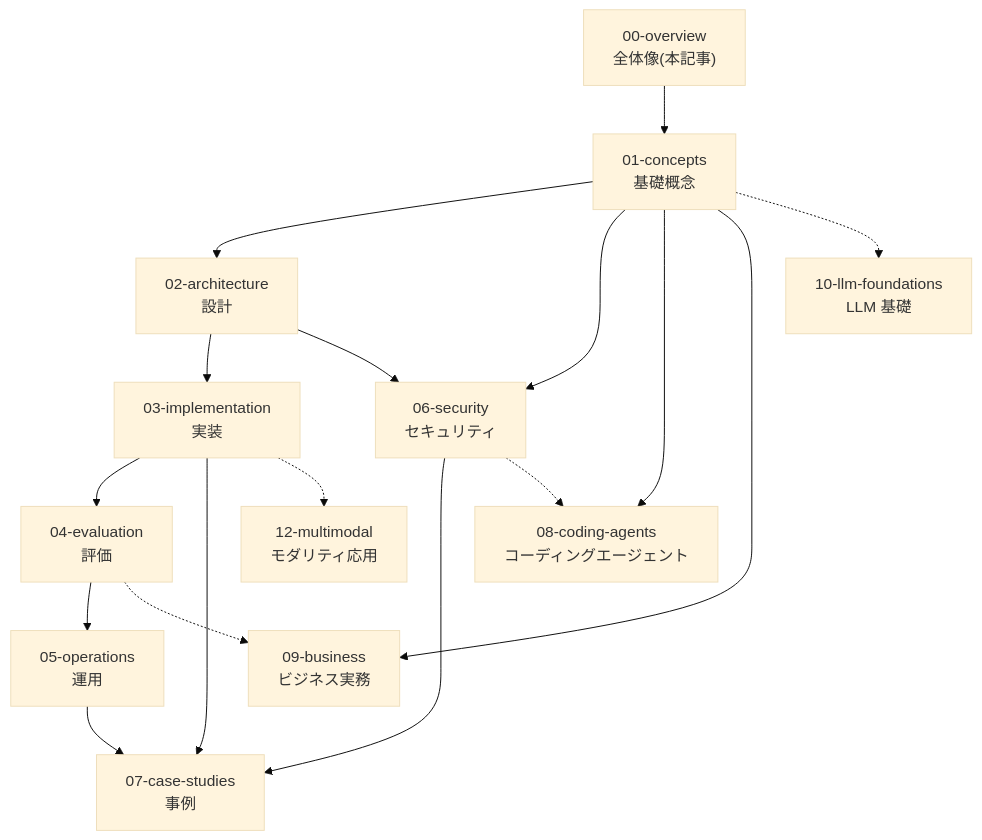
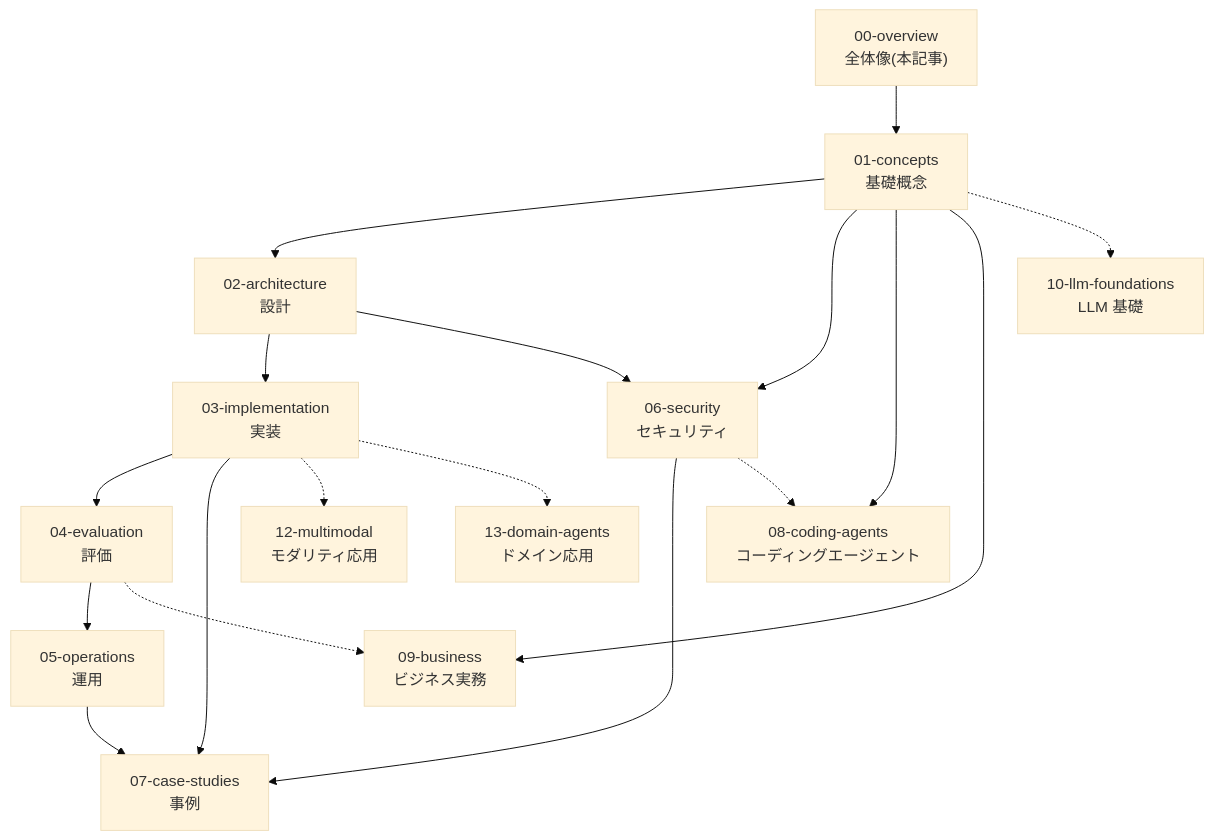
One commit to pero3dev/ai-agent-library changed the diagram in docs/00-overview/learning-roadmap.md. Above: the diagram before and after it, drawn with Mermaid (base theme). The commit also changed other lines of this file and 18 other files, not shown here.

First line of the commit message:
Phase AC: ドメイン応用 第3陣(先端応用+表計算・予測・人事・法務)を追加 — DOMAIN-AGENTS 完結

````diff
--- a/docs/00-overview/learning-roadmap.md
+++ b/docs/00-overview/learning-roadmap.md
@@ -32,19 +32,20 @@
 ```mermaid
 flowchart TD
     O["00-overview<br/>全体像(本記事)"] --> C1["01-concepts<br/>基礎概念"]
     C1 --> A2["02-architecture<br/>設計"]
     A2 --> I3["03-implementation<br/>実装"]
     I3 --> E4["04-evaluation<br/>評価"]
     E4 --> P5["05-operations<br/>運用"]
     C1 --> S6["06-security<br/>セキュリティ"]
     A2 --> S6
     I3 --> CS7["07-case-studies<br/>事例"]
     S6 --> CS7
     P5 --> CS7
     C1 --> CA8["08-coding-agents<br/>コーディングエージェント"]
     S6 -.-> CA8
     C1 --> B9["09-business<br/>ビジネス実務"]
     E4 -.-> B9
     C1 -.-> F10["10-llm-foundations<br/>LLM 基礎"]
     I3 -.-> MM12["12-multimodal<br/>モダリティ応用"]
+    I3 -.-> DA13["13-domain-agents<br/>ドメイン応用"]
 ```
````
